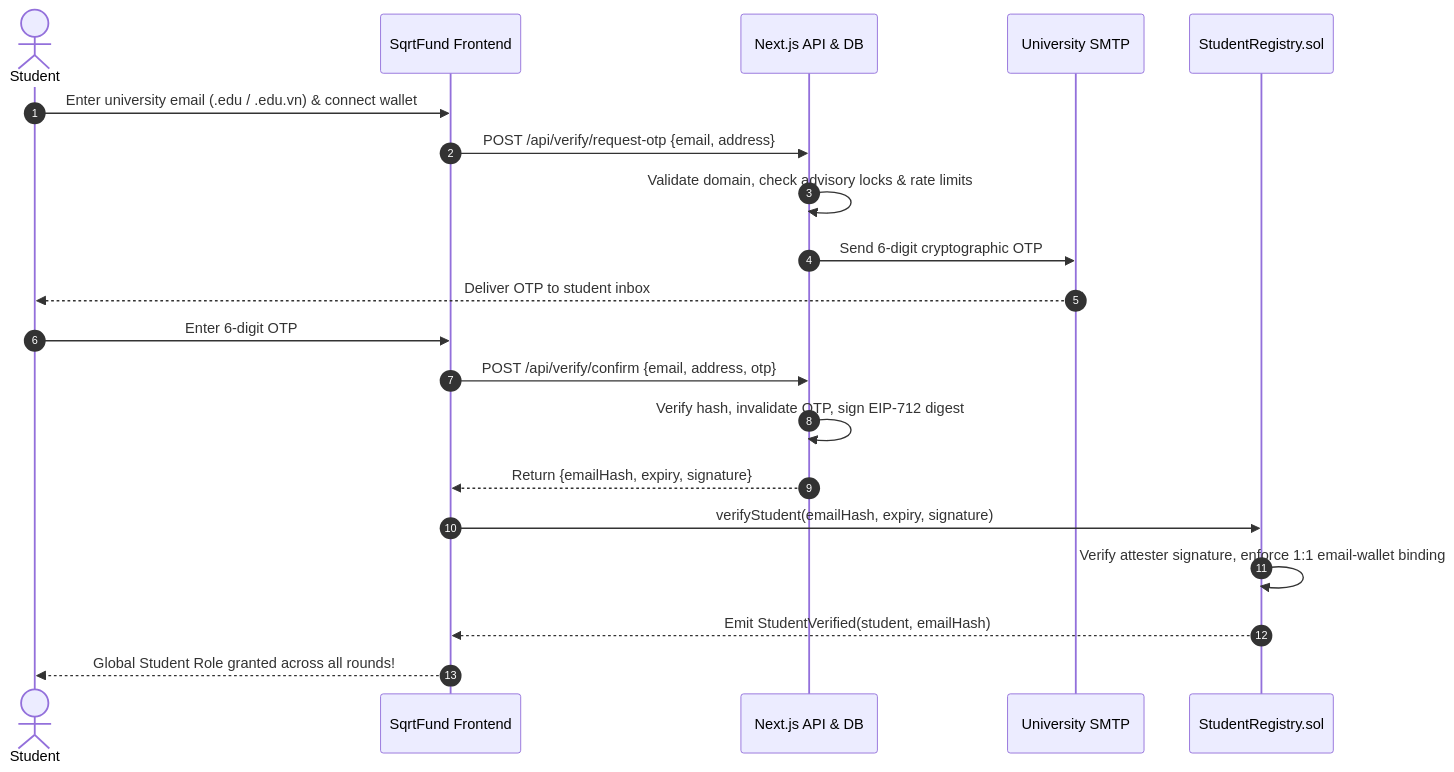
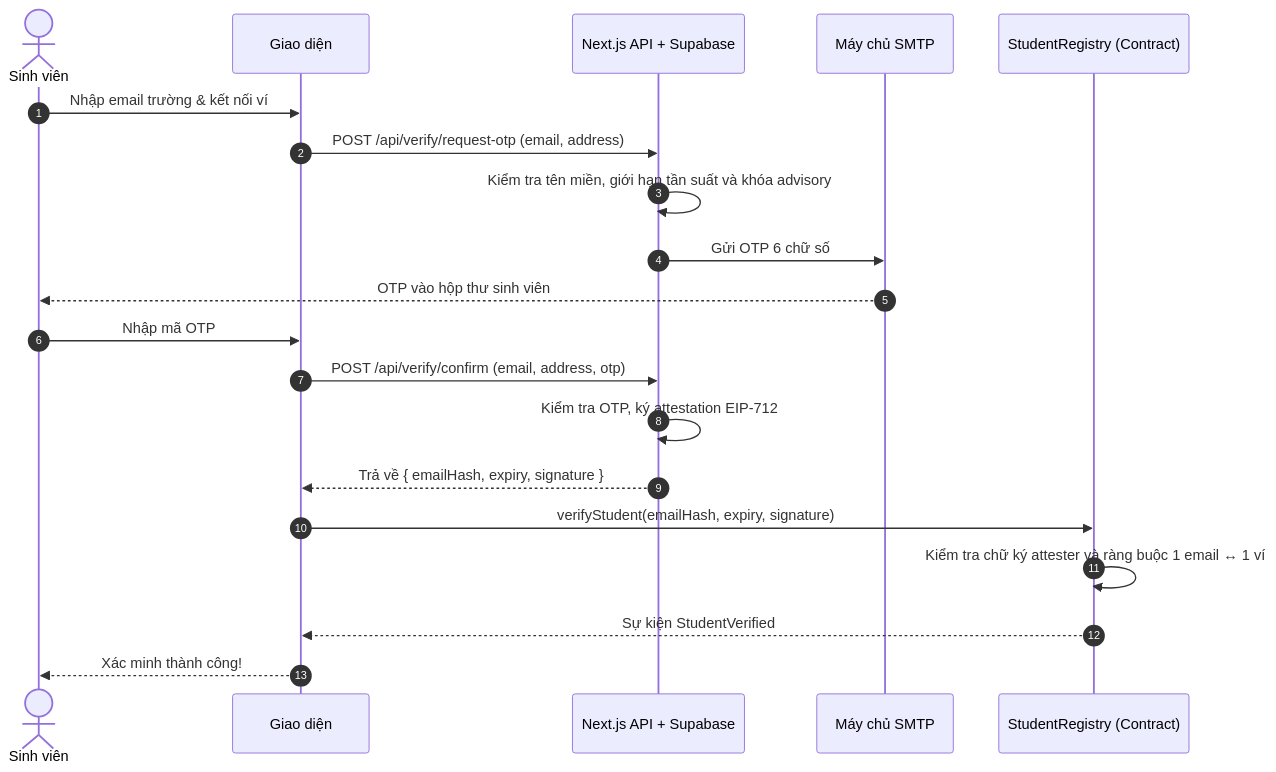
The first of 2 diagrams in README.md (hlbaot/SqrtFund), drawn with Mermaid before and after one commit. The commit also changed other lines of this file, not shown here.

````diff
--- a/README.md
+++ b/README.md
@@ -114,23 +66,23 @@
 ```mermaid
 sequenceDiagram
     autonumber
-    actor Student
-    participant UI as SqrtFund Frontend
-    participant API as Next.js API & DB
-    participant Mail as University SMTP
-    participant SC as StudentRegistry.sol
+    actor Student as Sinh viên
+    participant UI as Giao diện
+    participant API as Next.js API + Supabase
+    participant SMTP as Máy chủ SMTP
+    participant Registry as StudentRegistry (Contract)
 
-    Student->>UI: Enter university email (.edu / .edu.vn) & connect wallet
-    UI->>API: POST /api/verify/request-otp {email, address}
-    API->>API: Validate domain, check advisory locks & rate limits
-    API->>Mail: Send 6-digit cryptographic OTP
-    Mail-->>Student: Deliver OTP to student inbox
-    Student->>UI: Enter 6-digit OTP
-    UI->>API: POST /api/verify/confirm {email, address, otp}
-    API->>API: Verify hash, invalidate OTP, sign EIP-712 digest
-    API-->>UI: Return {emailHash, expiry, signature}
-    UI->>SC: verifyStudent(emailHash, expiry, signature)
-    SC->>SC: Verify attester signature, enforce 1:1 email-wallet binding
-    SC-->>UI: Emit StudentVerified(student, emailHash)
-    UI-->>Student: Global Student Role granted across all rounds!
+    Student->>UI: Nhập email trường & kết nối ví
+    UI->>API: POST /api/verify/request-otp (email, address)
+    API->>API: Kiểm tra tên miền, giới hạn tần suất và khóa advisory
+    API->>SMTP: Gửi OTP 6 chữ số
+    SMTP-->>Student: OTP vào hộp thư sinh viên
+    Student->>UI: Nhập mã OTP
+    UI->>API: POST /api/verify/confirm (email, address, otp)
+    API->>API: Kiểm tra OTP, ký attestation EIP-712
+    API-->>UI: Trả về { emailHash, expiry, signature }
+    UI->>Registry: verifyStudent(emailHash, expiry, signature)
+    Registry->>Registry: Kiểm tra chữ ký attester và ràng buộc 1 email ↔ 1 ví
+    Registry-->>UI: Sự kiện StudentVerified
+    UI-->>Student: Xác minh thành công!
 ```
````
